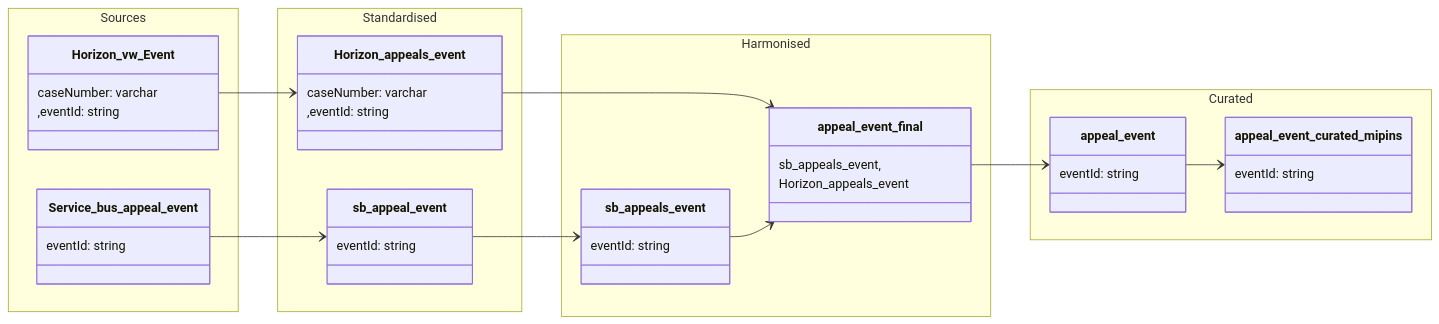
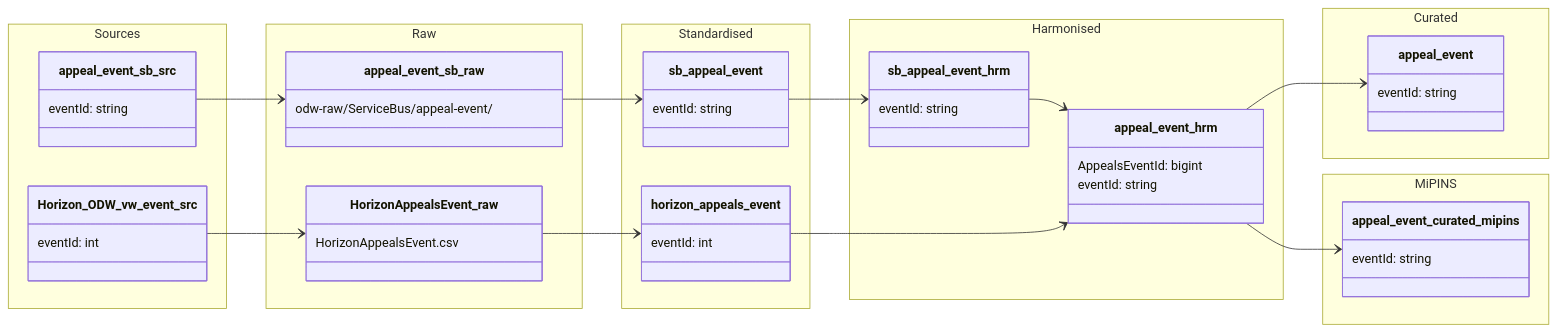
Before and after one commit to Planning-Inspectorate/odw-synapse-workspace: the diagram in data-models/appeal-event.md, drawn with Mermaid. The commit also changed other lines of this file, not shown here.

````diff
--- a/data-models/appeal-event.md
+++ b/data-models/appeal-event.md
@@ -7,65 +8,78 @@
 ```mermaid
-
 classDiagram
 
     direction LR
 
     namespace Sources {
 
-        class Horizon_vw_Event {
-            caseNumber: varchar
-            ,eventId: string
+        class appeal_event_sb_src {
+            eventId: string
         }
 
-        class Service_bus_appeal_event  {
-            eventId: string
+        class Horizon_ODW_vw_event_src {
+            eventId: int
+        }
+    }
+
+    namespace Raw {
+
+        class appeal_event_sb_raw {
+            odw-raw/ServiceBus/appeal-event/
+        }
+
+        class HorizonAppealsEvent_raw {
+            HorizonAppealsEvent.csv
         }
     }
 
     namespace Standardised {
 
-        class Horizon_appeals_event {
-            caseNumber: varchar
-            ,eventId: string
+        class sb_appeal_event {
+            eventId: string
         }
 
-        class sb_appeal_event  {
-            eventId: string
+        class horizon_appeals_event {
+            eventId: int
         }
     }
 
     namespace Harmonised {
 
-        class sb_appeals_event  {
+        class sb_appeal_event_hrm {
             eventId: string
         }
-        
-        class appeal_event_final  {
-            sb_appeals_event,
-            Horizon_appeals_event
 
+        class appeal_event_hrm {
+            AppealsEventId: bigint
+            eventId: string
         }
     }
 
     namespace Curated {
 
-        class appeal_event{
-            eventId: string
-        }
-        class appeal_event_curated_mipins{
+        class appeal_event {
             eventId: string
         }
     }
 
-`Horizon_vw_Event` --> `Horizon_appeals_event`
-`Service_bus_appeal_event` --> `sb_appeal_event`
+    namespace MiPINS {
 
-`sb_appeal_event` --> `sb_appeals_event`
-`Horizon_appeals_event` --> `appeal_event_final` 
+        class appeal_event_curated_mipins {
+            eventId: string
+        }
+    }
 
-`sb_appeals_event` --> `appeal_event_final`
+    appeal_event_sb_src --> appeal_event_sb_raw
+    appeal_event_sb_raw --> sb_appeal_event
+    sb_appeal_event --> sb_appeal_event_hrm
 
-`appeal_event_final` --> `appeal_event`
-`appeal_event` --> `appeal_event_curated_mipins`
+    Horizon_ODW_vw_event_src --> HorizonAppealsEvent_raw
+    HorizonAppealsEvent_raw --> horizon_appeals_event
 
+    sb_appeal_event_hrm --> appeal_event_hrm
+    horizon_appeals_event --> appeal_event_hrm
+
+    appeal_event_hrm --> appeal_event
+
+    appeal_event_hrm --> appeal_event_curated_mipins
 ```
````
